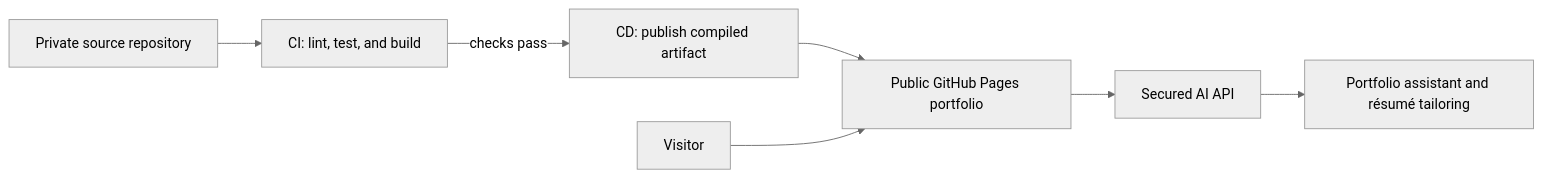
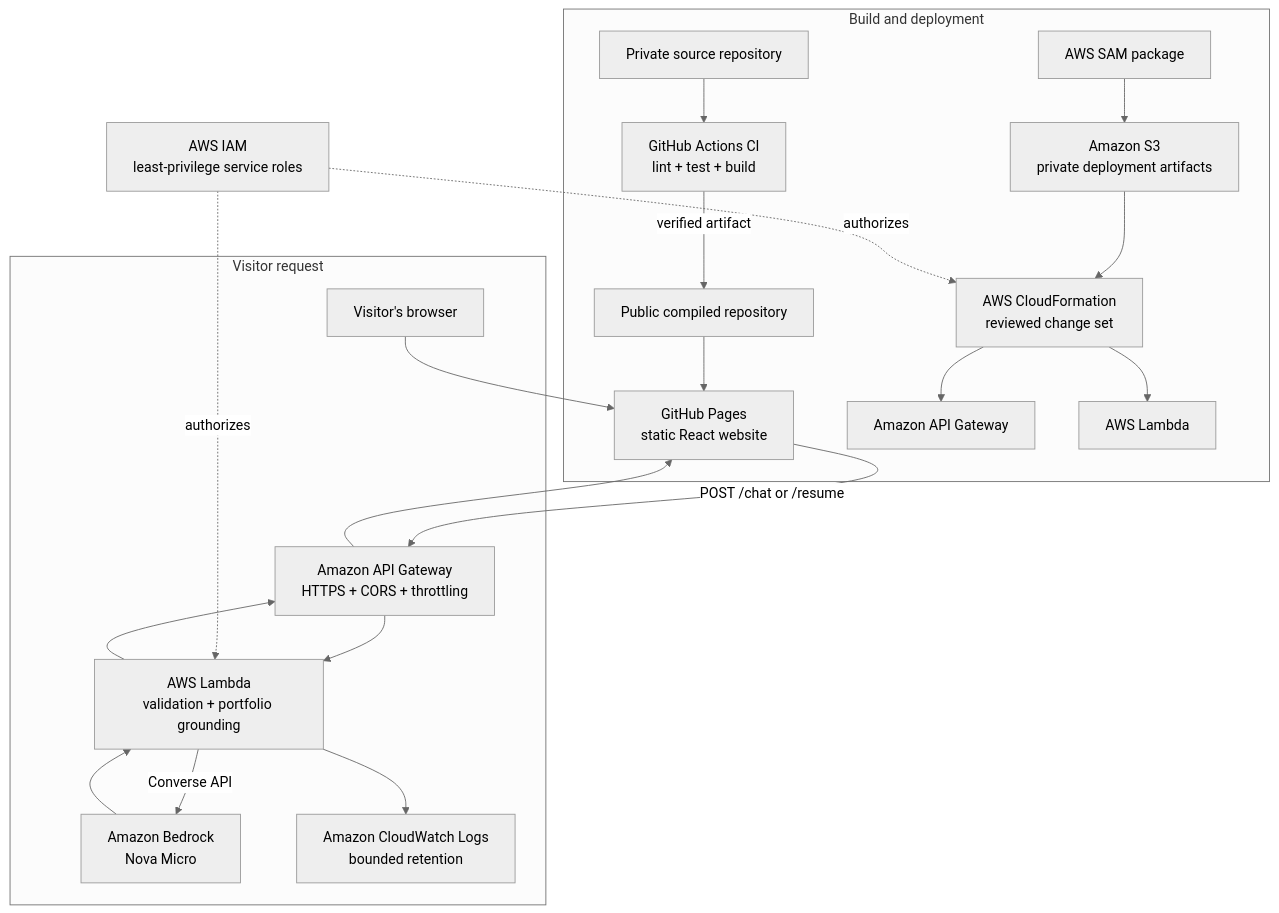
One commit to MussabElDash/Portfolio changed the diagram in README.md. Above: the diagram before and after it, drawn with Mermaid (neutral theme). The commit also changed other lines of this file and 4 other files, not shown here.

Commit message:
Publish portfolio

````diff
--- a/README.md
+++ b/README.md
@@ -14,9 +16,27 @@
 ```mermaid
-flowchart LR
-    Source["Private source repository"] --> CI["CI: lint, test, and build"]
-    CI -->|"checks pass"| CD["CD: publish compiled artifact"]
-    CD --> Pages["Public GitHub Pages portfolio"]
-    Visitor["Visitor"] --> Pages
-    Pages --> API["Secured AI API"]
-    API --> AI["Portfolio assistant and résumé tailoring"]
+flowchart TB
+    subgraph Delivery["Build and deployment"]
+        Source["Private source repository"] --> CI["GitHub Actions CI<br/>lint + test + build"]
+        CI -->|"verified artifact"| PublicRepo["Public compiled repository"]
+        PublicRepo --> Pages["GitHub Pages<br/>static React website"]
+
+        SAM["AWS SAM package"] --> S3["Amazon S3<br/>private deployment artifacts"]
+        S3 --> CFN["AWS CloudFormation<br/>reviewed change set"]
+        CFN --> APIResources["Amazon API Gateway"]
+        CFN --> LambdaResources["AWS Lambda"]
+    end
+
+    subgraph Runtime["Visitor request"]
+        Visitor["Visitor's browser"] --> Pages
+        Pages -->|"POST /chat or /resume"| API["Amazon API Gateway<br/>HTTPS + CORS + throttling"]
+        API --> Lambda["AWS Lambda<br/>validation + portfolio grounding"]
+        Lambda -->|"Converse API"| Bedrock["Amazon Bedrock<br/>Nova Micro"]
+        Bedrock --> Lambda
+        Lambda --> API
+        API --> Pages
+        Lambda --> Logs["Amazon CloudWatch Logs<br/>bounded retention"]
+    end
+
+    IAM["AWS IAM<br/>least-privilege service roles"] -. authorizes .-> CFN
+    IAM -. authorizes .-> Lambda
 ```
````
